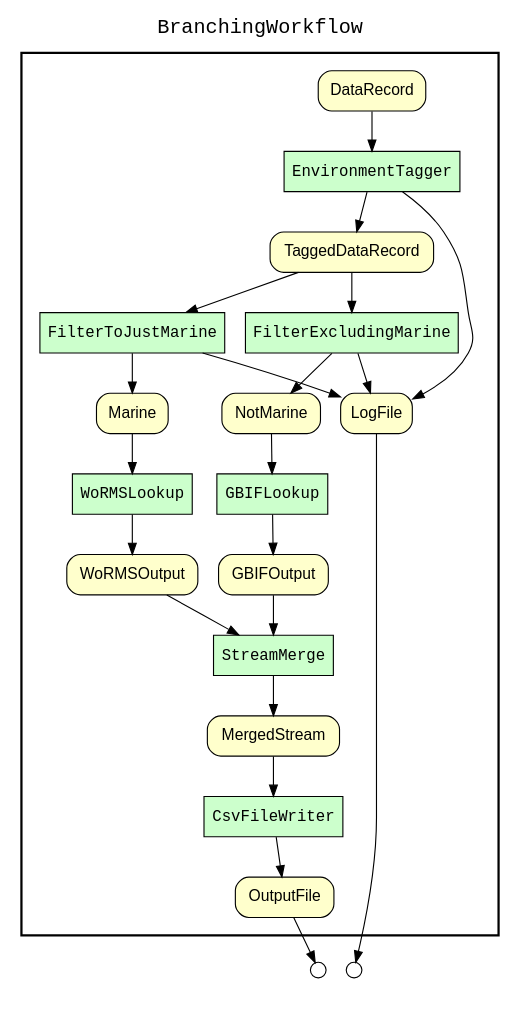
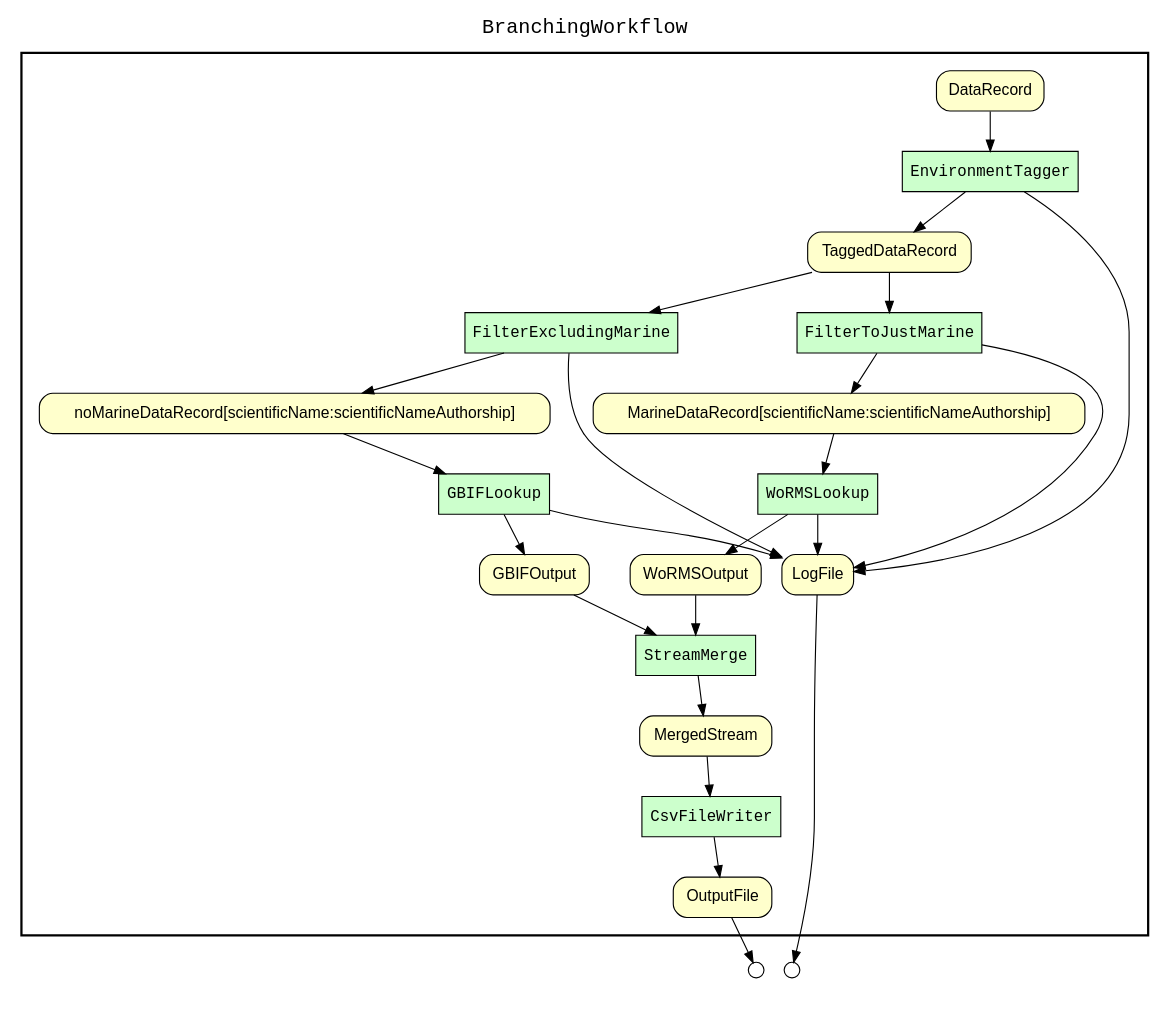
Before and after one commit to kurator-org/kurator-SPNHC17-YW: the diagram in workflows/results/wf_downstream_of_DataRecord.gv, drawn with Graphviz. The commit also changed 48 other files, not shown here.

```diff
--- a/workflows/results/wf_downstream_of_DataRecord.gv
+++ b/workflows/results/wf_downstream_of_DataRecord.gv
@@ -1,59 +1,61 @@
 
 digraph yw_data_view {
 rankdir=TB
 fontname=Courier; fontsize=18; labelloc=t
 label="BranchingWorkflow"
 subgraph cluster_workflow { label=""; color=black; penwidth=2
 subgraph cluster_workflow_inner { label=""; color=white
 node[shape=box style="filled" fillcolor="#CCFFCC" peripheries=1 fontname=Courier]
 FilterExcludingMarine
 FilterToJustMarine
 StreamMerge
 CsvFileWriter
 GBIFLookup
 WoRMSLookup
 EnvironmentTagger
 node[shape=box style="filled" fillcolor="#CCFFCC" peripheries=1 fontname=Courier]
 node[shape=box style="rounded,filled" fillcolor="#FFFFCC" peripheries=1 fontname=Helvetica]
 DataRecord
 LogFile
 TaggedDataRecord
-Marine
-NotMarine
+<MarineDataRecord[scientificName:scientificNameAuthorship]>
+<noMarineDataRecord[scientificName:scientificNameAuthorship]>
 WoRMSOutput
 GBIFOutput
 MergedStream
 OutputFile
 node[shape=box style="rounded,filled" fillcolor="#FFFFFF" peripheries=1 fontname=Helvetica]
 }}
 subgraph cluster_inflows { label=""; color=white; penwidth=2
 subgraph cluster_inflows_inner { label=""; color=white
 node[shape=circle fillcolor="#FFFFFF" peripheries=1 width=0.2]
 }}
 subgraph cluster_outflows { label=""; color=white; penwidth=2
 subgraph cluster_outflows_inner { label=""; color=white
 node[shape=circle fillcolor="#FFFFFF" peripheries=1 width=0.2]
 LogFile_outflow [label=""]
 OutputFile_outflow [label=""]
 }}
 CsvFileWriter -> OutputFile
 StreamMerge -> MergedStream
 GBIFLookup -> GBIFOutput
 WoRMSLookup -> WoRMSOutput
-FilterExcludingMarine -> NotMarine
-FilterToJustMarine -> Marine
+FilterExcludingMarine -> <noMarineDataRecord[scientificName:scientificNameAuthorship]>
+FilterToJustMarine -> <MarineDataRecord[scientificName:scientificNameAuthorship]>
 EnvironmentTagger -> TaggedDataRecord
+GBIFLookup -> LogFile
+WoRMSLookup -> LogFile
 FilterExcludingMarine -> LogFile
 FilterToJustMarine -> LogFile
 EnvironmentTagger -> LogFile
 DataRecord -> EnvironmentTagger
 TaggedDataRecord -> FilterToJustMarine
 TaggedDataRecord -> FilterExcludingMarine
-Marine -> WoRMSLookup
-NotMarine -> GBIFLookup
+<MarineDataRecord[scientificName:scientificNameAuthorship]> -> WoRMSLookup
+<noMarineDataRecord[scientificName:scientificNameAuthorship]> -> GBIFLookup
 WoRMSOutput -> StreamMerge
 GBIFOutput -> StreamMerge
 MergedStream -> CsvFileWriter
 LogFile -> LogFile_outflow
 OutputFile -> OutputFile_outflow
 }
```
